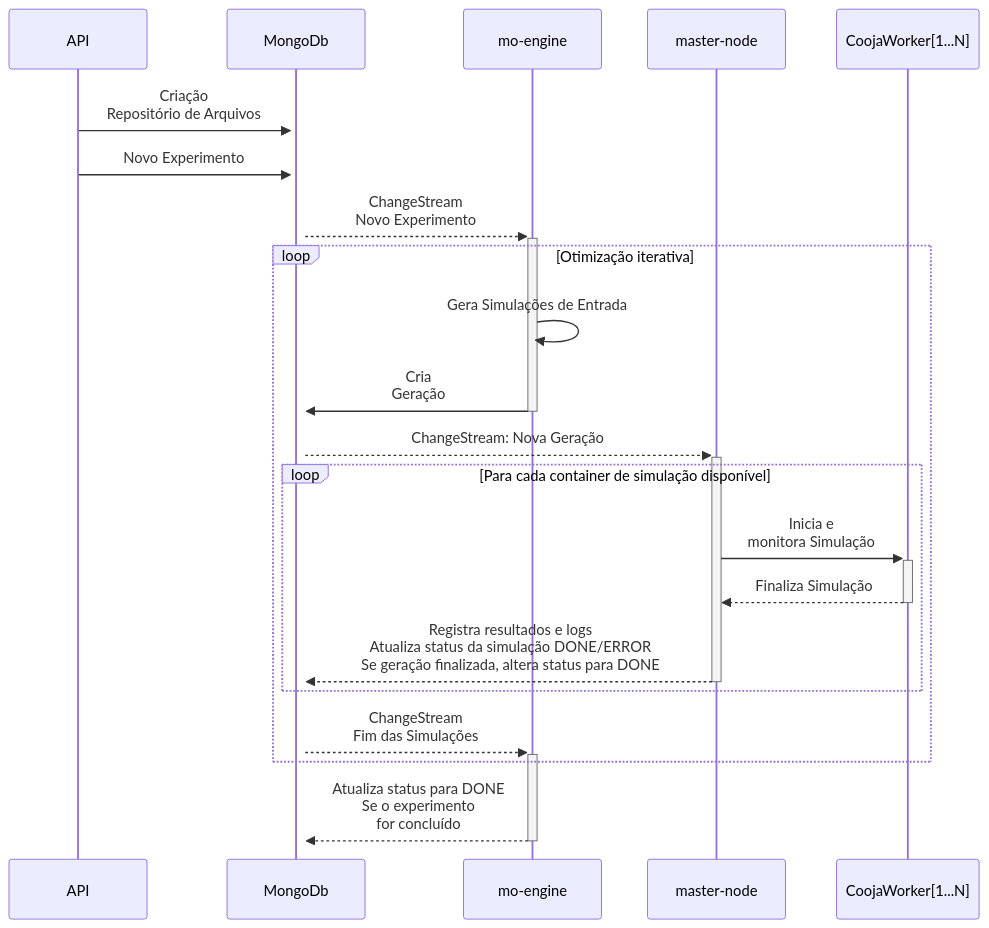
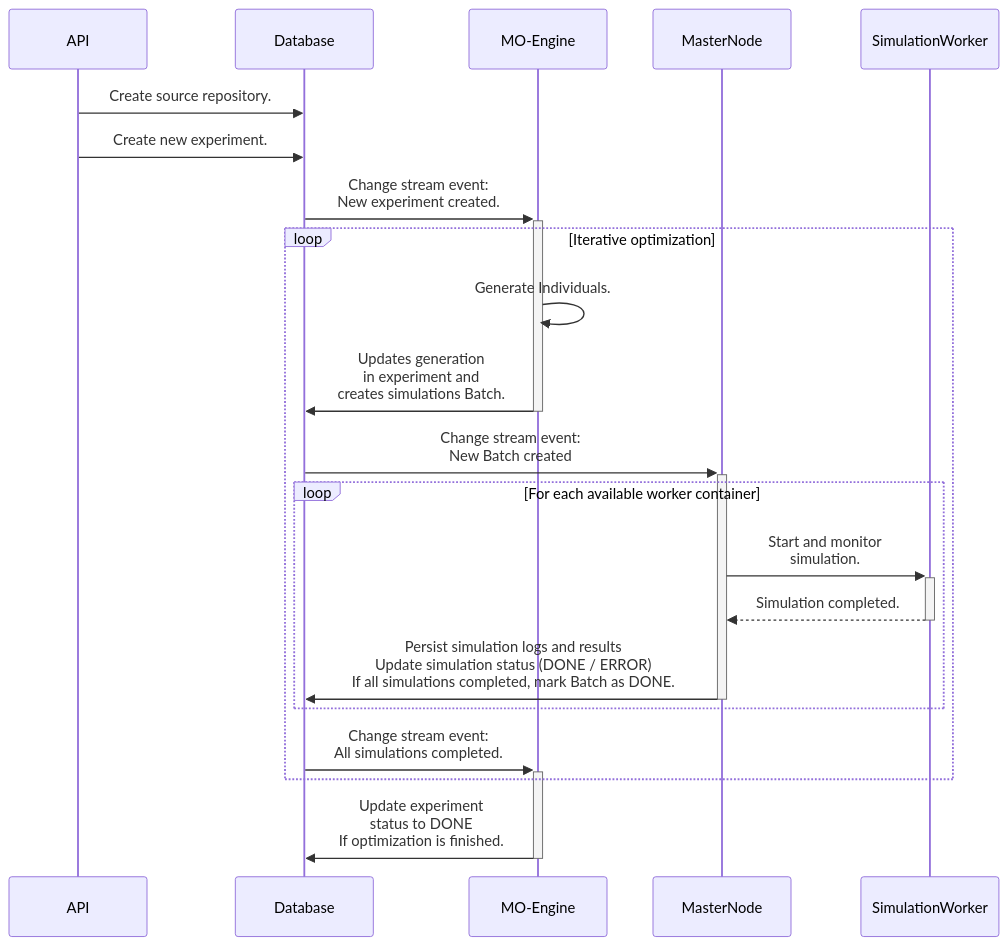
Before and after one commit to JunioCesarFerreira/simlab: the second of 2 diagrams in README_pt.md, drawn with Mermaid. The commit also changed other lines of this file and 1 other file, not shown here.

Commit message:
docs: updates diagrams in README

````diff
--- a/README_pt.md
+++ b/README_pt.md
@@ -72,21 +107,25 @@
 ```mermaid
 sequenceDiagram
-    API->>+MongoDb: Criação<br/>Repositório de Arquivos
-    API->>+MongoDb: Novo Experimento
+    API->>Database: Create source repository.
+    API->>Database: Create new experiment.
     
-    MongoDb-->>+mo-engine: ChangeStream<br/>Novo Experimento
+    Database->>+MO-Engine: Change stream event:<br/>New experiment created.
     
-    loop Otimização iterativa
-        mo-engine->>mo-engine: Gera Simulações de Entrada
-        mo-engine->>-MongoDb: Cria<br/>Geração
+    loop Iterative optimization
+        MO-Engine->>MO-Engine: Generate Individuals.
+        MO-Engine->>-Database: Updates generation<br/>in experiment and<br/>creates simulations Batch.
         
-        MongoDb-->>+master-node: ChangeStream: Nova Geração
-        loop Para cada container de simulação disponível
-            master-node->>+CoojaWorker[1...N]: Inicia e<br/>monitora Simulação
-            CoojaWorker[1...N]-->>-master-node: Finaliza Simulação              
-            master-node-->>-MongoDb: Registra resultados e logs<br/>Atualiza status da simulação DONE/ERROR<br/>Se geração finalizada, altera status para DONE
+        Database->>+MasterNode: Change stream event:<br/>New Batch created
+        
+        loop For each available worker container
+            MasterNode->>+SimulationWorker: Start and monitor<br/>simulation.
+            SimulationWorker-->>-MasterNode: Simulation completed.
+            MasterNode->>-Database: Persist simulation logs and results<br/>Update simulation status (DONE / ERROR)<br/>If all simulations completed, mark Batch as DONE.
         end
-        MongoDb-->>+mo-engine: ChangeStream<br/>Fim das Simulações 
+        
+        Database->>+MO-Engine: Change stream event:<br/>All simulations completed.
     end
-    mo-engine-->>-MongoDb: Atualiza status para DONE<br/>Se o experimento<br/>for concluído
+    
+    MO-Engine->>-Database: Update experiment<br/>status to DONE<br/>If optimization is finished.
+
 ```
````
